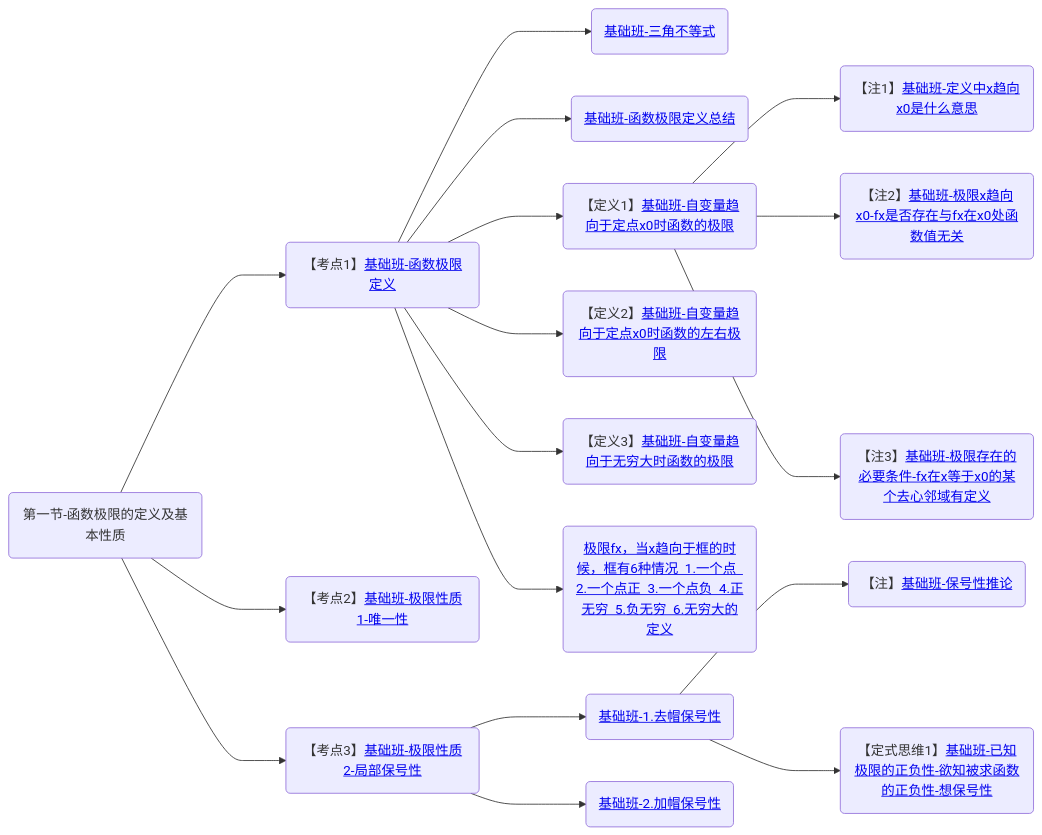
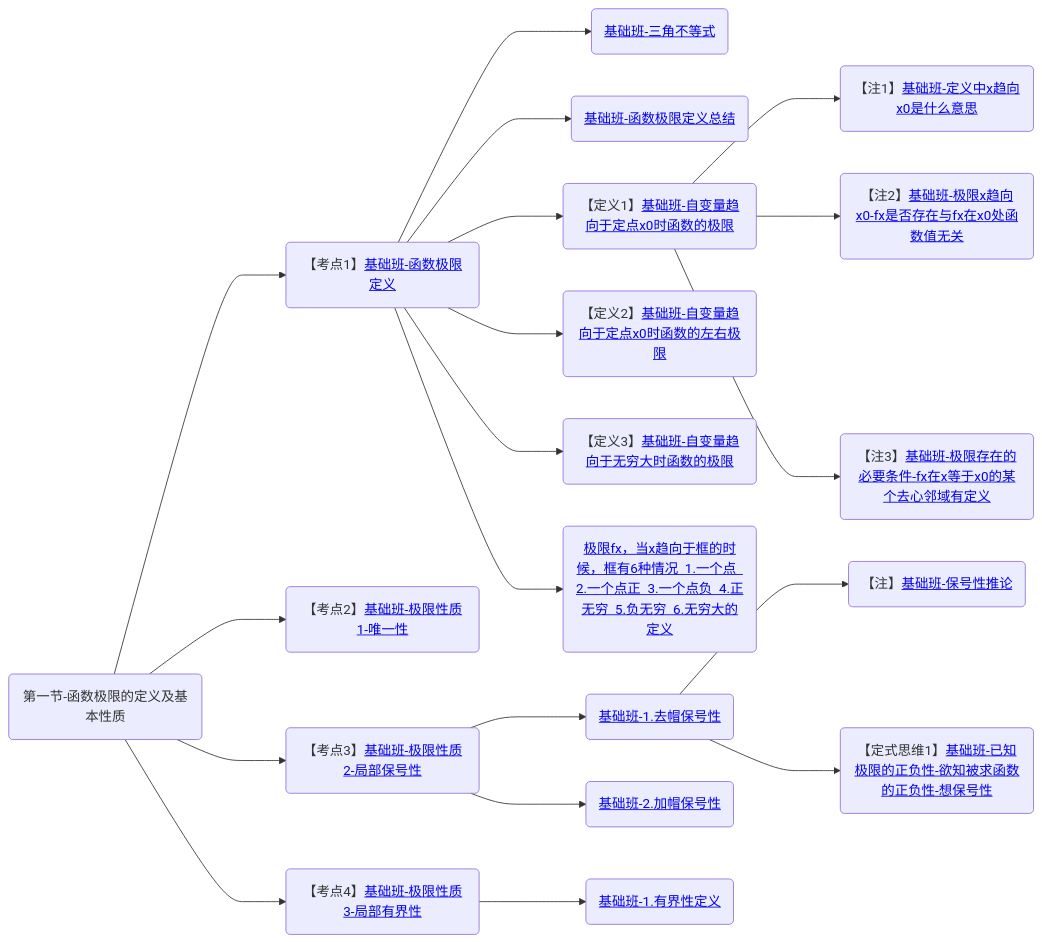
One commit to yuebinghui/note changed the diagram in 笔记/数学/周洋鑫/基础班/00.大纲.md. Above: the diagram before and after it, drawn with Mermaid. The commit also changed 5 other files, not shown here.

````diff
--- a/笔记/数学/周洋鑫/基础班/00.大纲.md
+++ b/笔记/数学/周洋鑫/基础班/00.大纲.md
@@ -1,26 +1,28 @@
 ```mermaid
 graph LR
 第一节-函数极限的定义及基本性质(第一节-函数极限的定义及基本性质)
 
 第一节-函数极限的定义及基本性质--->基础班-函数极限定义(【考点1】<a href="/Users/yuebinghui/Documents/program/github/note/笔记/数学/周洋鑫/基础班/01.函数极限的定义与性质-1.md#基础班-函数极限定义">基础班-函数极限定义</>)
 
 基础班-函数极限定义--->基础班-三角不等式(<a href="/Users/yuebinghui/Documents/program/github/note/笔记/数学/周洋鑫/基础班/01.函数极限的定义与性质-1.md#基础班-三角不等式">基础班-三角不等式</>)
 基础班-函数极限定义--->基础班-函数极限定义总结(<a href="/Users/yuebinghui/Documents/program/github/note/笔记/数学/周洋鑫/基础班/01.函数极限的定义与性质-1.md#基础班-函数极限定义总结">基础班-函数极限定义总结</>)
 基础班-函数极限定义--->基础班-自变量趋向于定点x0时函数的极限(【定义1】<a href="/Users/yuebinghui/Documents/program/github/note/笔记/数学/周洋鑫/基础班/01.函数极限的定义与性质-1.md#基础班-自变量趋向于定点x0时函数的极限">基础班-自变量趋向于定点x0时函数的极限</>)
 基础班-自变量趋向于定点x0时函数的极限--->基础班-定义中x趋向x0是什么意思(【注1】<a href="/Users/yuebinghui/Documents/program/github/note/笔记/数学/周洋鑫/基础班/01.函数极限的定义与性质-1.md#基础班-定义中x趋向x0是什么意思">基础班-定义中x趋向x0是什么意思</>)
 基础班-自变量趋向于定点x0时函数的极限--->基础班-极限x趋向x0-fx是否存在与fx在x0处函数值无关(【注2】<a href="/Users/yuebinghui/Documents/program/github/note/笔记/数学/周洋鑫/基础班/01.函数极限的定义与性质-1.md#基础班-极限x趋向x0-fx是否存在与fx在x0处函数值无关">基础班-极限x趋向x0-fx是否存在与fx在x0处函数值无关</>)
 基础班-自变量趋向于定点x0时函数的极限--->基础班-极限存在的必要条件-fx在x等于x0的某个去心邻域有定义(【注3】<a href="/Users/yuebinghui/Documents/program/github/note/笔记/数学/周洋鑫/基础班/01.函数极限的定义与性质-1.md#基础班-极限存在的必要条件-fx在x等于x0的某个去心邻域有定义">基础班-极限存在的必要条件-fx在x等于x0的某个去心邻域有定义</>)
 基础班-函数极限定义--->基础班-自变量趋向于定点x0时函数的左右极限(【定义2】<a href="/Users/yuebinghui/Documents/program/github/note/笔记/数学/周洋鑫/基础班/01.函数极限的定义与性质-1.md#基础班-自变量趋向于定点x0时函数的左右极限">基础班-自变量趋向于定点x0时函数的左右极限</>)
 基础班-函数极限定义--->基础班-自变量趋向于无穷大时函数的极限(【定义3】<a href="/Users/yuebinghui/Documents/program/github/note/笔记/数学/周洋鑫/基础班/01.函数极限的定义与性质-1.md#基础班-自变量趋向于无穷大时函数的极限">基础班-自变量趋向于无穷大时函数的极限</>)
 基础班-函数极限定义--->基础班-极限fx-x趋向于框的时候框有6种情况1.一个点2.一个点正3.一个点负4.正无穷5.负无穷6.无穷大的定义(<a href="/Users/yuebinghui/Documents/program/github/note/笔记/数学/周洋鑫/基础班/01.函数极限的定义与性质-1.md#基础班-极限fx-x趋向于框的时候框有6种情况1.一个点2.一个点正3.一个点负4.正无穷5.负无穷6.无穷大的定义">极限fx，当x趋向于框的时候，框有6种情况  1.一个点  2.一个点正  3.一个点负  4.正无穷  5.负无穷  6.无穷大的定义</>)
 
 第一节-函数极限的定义及基本性质--->基础班-极限性质1-唯一性(【考点2】<a href="/Users/yuebinghui/Documents/program/github/note/笔记/数学/周洋鑫/基础班/01.函数极限的定义与性质-1.md#基础班-极限性质1-唯一性">基础班-极限性质1-唯一性</>)
 
 第一节-函数极限的定义及基本性质--->基础班-极限性质2-局部保号性(【考点3】<a href="/Users/yuebinghui/Documents/program/github/note/笔记/数学/周洋鑫/基础班/01.函数极限的定义与性质-1.md#基础班-极限性质2-局部保号性">基础班-极限性质2-局部保号性</>)
 基础班-极限性质2-局部保号性--->基础班-1.去帽保号性(<a href="/Users/yuebinghui/Documents/program/github/note/笔记/数学/周洋鑫/基础班/01.函数极限的定义与性质-1.md#基础班-1.去帽保号性">基础班-1.去帽保号性</>)
 基础班-1.去帽保号性--->基础班-保号性推论(【注】<a href="/Users/yuebinghui/Documents/program/github/note/笔记/数学/周洋鑫/基础班/01.函数极限的定义与性质-1.md#基础班-保号性推论">基础班-保号性推论</>)
 基础班-1.去帽保号性--->基础班-已知极限的正负性-欲知被求函数的正负性-想保号性(【定式思维1】<a href="/Users/yuebinghui/Documents/program/github/note/笔记/数学/周洋鑫/基础班/01.函数极限的定义与性质-1.md#基础班-已知极限的正负性-欲知被求函数的正负性-想保号性">基础班-已知极限的正负性-欲知被求函数的正负性-想保号性</>)
-
 基础班-极限性质2-局部保号性--->基础班-加帽保号性(<a href="/Users/yuebinghui/Documents/program/github/note/笔记/数学/周洋鑫/基础班/01.函数极限的定义与性质-1.md#基础班-加帽保号性">基础班-2.加帽保号性</>)
 
+第一节-函数极限的定义及基本性质--->基础班-极限性质3-局部有界性(【考点4】<a href="/Users/yuebinghui/Documents/program/github/note/笔记/数学/周洋鑫/基础班/01.函数极限的定义与性质-1.md#基础班-极限性质3-局部有界性">基础班-极限性质3-局部有界性</>)
+基础班-极限性质3-局部有界性--->基础班-1.有界性定义(<a href="/Users/yuebinghui/Documents/program/github/note/笔记/数学/周洋鑫/基础班/01.函数极限的定义与性质-1.md#基础班-1.有界性定义">基础班-1.有界性定义</>)
+
 ```
````
